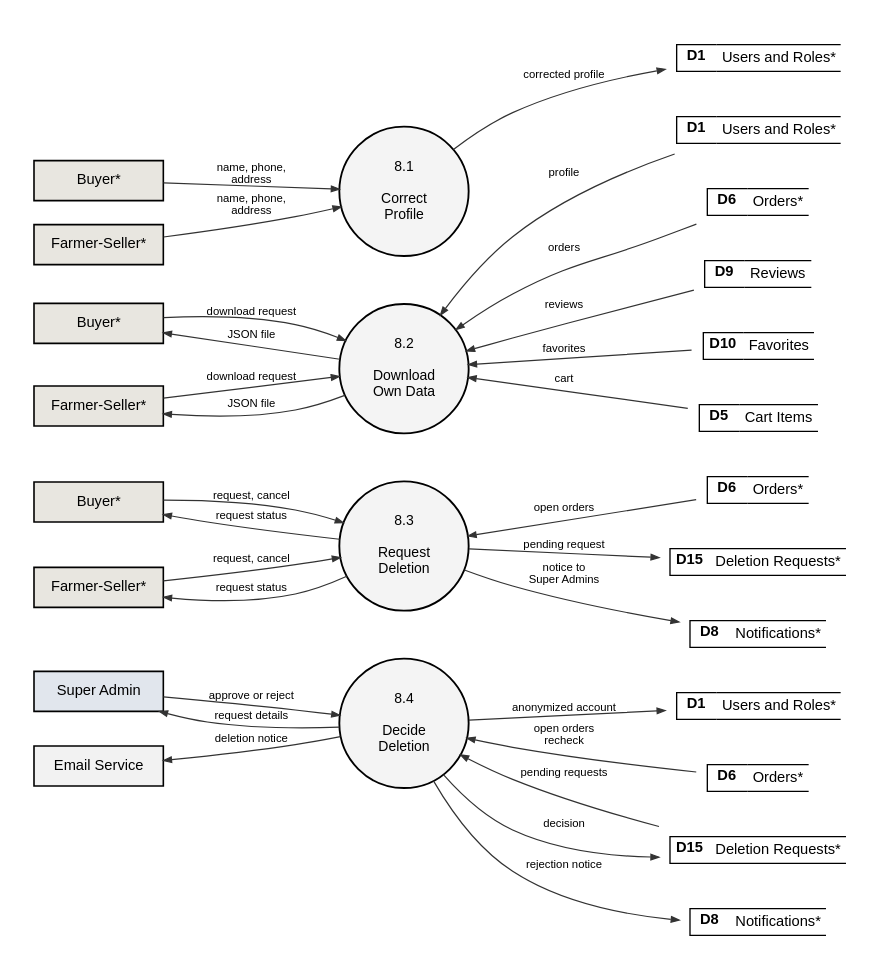
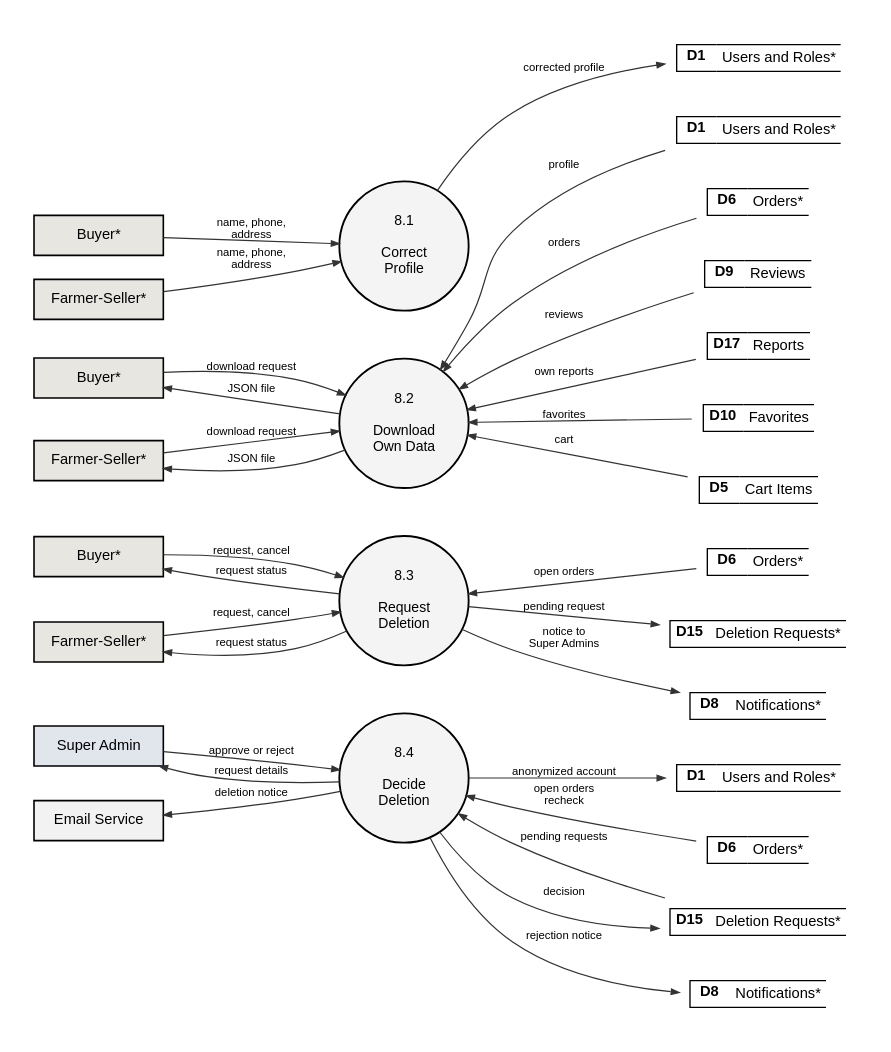
The diagram in docs/manuscript/figures/src/fig6_2_8_dfd_level2.dot (shawncastaneda11-commits/anihow-backend), drawn with Graphviz before and after one commit. The commit also changed 17 other files, not shown here.

First line of the commit message:
docs: add content reports to the DFDs, use case and context diagrams

```diff
--- a/docs/manuscript/figures/src/fig6_2_8_dfd_level2.dot
+++ b/docs/manuscript/figures/src/fig6_2_8_dfd_level2.dot
@@ -1,64 +1,66 @@
 // Data flow diagram, level 2, process 8.0 Handle Data Rights.
 digraph G {
   graph [rankdir=LR, nodesep=0.25, ranksep=0.9, pad=0.25, fontname="Liberation Sans", newrank=true];
   node  [fontname="Liberation Sans", fontsize=11];
   edge  [penwidth=0.9, arrowsize=0.6, color="#333333", fontname="Liberation Sans", fontsize=8.5];
   q8a [shape=circle, style=filled, fillcolor="#F4F4F4", penwidth=1.4, fixedsize=true, width=1.35, fontsize=10.5, label="8.1\n\nCorrect\nProfile"];
   by_q8a [shape=box, style=filled, fillcolor="#E8E6E0", penwidth=1.2, width=1.35, height=0.42, label="Buyer*"];
   fs_q8a [shape=box, style=filled, fillcolor="#E8E6E0", penwidth=1.2, width=1.35, height=0.42, label="Farmer-Seller*"];
   D1_q8a [shape=plaintext, label=<<TABLE BORDER="0" CELLBORDER="1" CELLSPACING="0" CELLPADDING="3"><TR><TD SIDES="TBL" WIDTH="30"><B>D1</B></TD><TD SIDES="TB" ALIGN="LEFT">Users and Roles*</TD></TR></TABLE>>];
   q8b [shape=circle, style=filled, fillcolor="#F4F4F4", penwidth=1.4, fixedsize=true, width=1.35, fontsize=10.5, label="8.2\n\nDownload\nOwn Data"];
   by_q8b [shape=box, style=filled, fillcolor="#E8E6E0", penwidth=1.2, width=1.35, height=0.42, label="Buyer*"];
   fs_q8b [shape=box, style=filled, fillcolor="#E8E6E0", penwidth=1.2, width=1.35, height=0.42, label="Farmer-Seller*"];
   D1_q8b [shape=plaintext, label=<<TABLE BORDER="0" CELLBORDER="1" CELLSPACING="0" CELLPADDING="3"><TR><TD SIDES="TBL" WIDTH="30"><B>D1</B></TD><TD SIDES="TB" ALIGN="LEFT">Users and Roles*</TD></TR></TABLE>>];
   D6_q8b [shape=plaintext, label=<<TABLE BORDER="0" CELLBORDER="1" CELLSPACING="0" CELLPADDING="3"><TR><TD SIDES="TBL" WIDTH="30"><B>D6</B></TD><TD SIDES="TB" ALIGN="LEFT">Orders*</TD></TR></TABLE>>];
   D9_q8b [shape=plaintext, label=<<TABLE BORDER="0" CELLBORDER="1" CELLSPACING="0" CELLPADDING="3"><TR><TD SIDES="TBL" WIDTH="30"><B>D9</B></TD><TD SIDES="TB" ALIGN="LEFT">Reviews</TD></TR></TABLE>>];
+  D17_q8b [shape=plaintext, label=<<TABLE BORDER="0" CELLBORDER="1" CELLSPACING="0" CELLPADDING="3"><TR><TD SIDES="TBL" WIDTH="30"><B>D17</B></TD><TD SIDES="TB" ALIGN="LEFT">Reports</TD></TR></TABLE>>];
   D10_q8b [shape=plaintext, label=<<TABLE BORDER="0" CELLBORDER="1" CELLSPACING="0" CELLPADDING="3"><TR><TD SIDES="TBL" WIDTH="30"><B>D10</B></TD><TD SIDES="TB" ALIGN="LEFT">Favorites</TD></TR></TABLE>>];
   D5_q8b [shape=plaintext, label=<<TABLE BORDER="0" CELLBORDER="1" CELLSPACING="0" CELLPADDING="3"><TR><TD SIDES="TBL" WIDTH="30"><B>D5</B></TD><TD SIDES="TB" ALIGN="LEFT">Cart Items</TD></TR></TABLE>>];
   q8c [shape=circle, style=filled, fillcolor="#F4F4F4", penwidth=1.4, fixedsize=true, width=1.35, fontsize=10.5, label="8.3\n\nRequest\nDeletion"];
   by_q8c [shape=box, style=filled, fillcolor="#E8E6E0", penwidth=1.2, width=1.35, height=0.42, label="Buyer*"];
   fs_q8c [shape=box, style=filled, fillcolor="#E8E6E0", penwidth=1.2, width=1.35, height=0.42, label="Farmer-Seller*"];
   D6_q8c [shape=plaintext, label=<<TABLE BORDER="0" CELLBORDER="1" CELLSPACING="0" CELLPADDING="3"><TR><TD SIDES="TBL" WIDTH="30"><B>D6</B></TD><TD SIDES="TB" ALIGN="LEFT">Orders*</TD></TR></TABLE>>];
   D15_q8c [shape=plaintext, label=<<TABLE BORDER="0" CELLBORDER="1" CELLSPACING="0" CELLPADDING="3"><TR><TD SIDES="TBL" WIDTH="30"><B>D15</B></TD><TD SIDES="TB" ALIGN="LEFT">Deletion Requests*</TD></TR></TABLE>>];
   D8_q8c [shape=plaintext, label=<<TABLE BORDER="0" CELLBORDER="1" CELLSPACING="0" CELLPADDING="3"><TR><TD SIDES="TBL" WIDTH="30"><B>D8</B></TD><TD SIDES="TB" ALIGN="LEFT">Notifications*</TD></TR></TABLE>>];
   q8d [shape=circle, style=filled, fillcolor="#F4F4F4", penwidth=1.4, fixedsize=true, width=1.35, fontsize=10.5, label="8.4\n\nDecide\nDeletion"];
   D1_q8d [shape=plaintext, label=<<TABLE BORDER="0" CELLBORDER="1" CELLSPACING="0" CELLPADDING="3"><TR><TD SIDES="TBL" WIDTH="30"><B>D1</B></TD><TD SIDES="TB" ALIGN="LEFT">Users and Roles*</TD></TR></TABLE>>];
   D6_q8d [shape=plaintext, label=<<TABLE BORDER="0" CELLBORDER="1" CELLSPACING="0" CELLPADDING="3"><TR><TD SIDES="TBL" WIDTH="30"><B>D6</B></TD><TD SIDES="TB" ALIGN="LEFT">Orders*</TD></TR></TABLE>>];
   D15_q8d [shape=plaintext, label=<<TABLE BORDER="0" CELLBORDER="1" CELLSPACING="0" CELLPADDING="3"><TR><TD SIDES="TBL" WIDTH="30"><B>D15</B></TD><TD SIDES="TB" ALIGN="LEFT">Deletion Requests*</TD></TR></TABLE>>];
   D8_q8d [shape=plaintext, label=<<TABLE BORDER="0" CELLBORDER="1" CELLSPACING="0" CELLPADDING="3"><TR><TD SIDES="TBL" WIDTH="30"><B>D8</B></TD><TD SIDES="TB" ALIGN="LEFT">Notifications*</TD></TR></TABLE>>];
   sa_q8d [shape=box, style=filled, fillcolor="#E1E6ED", penwidth=1.2, width=1.35, height=0.42, label="Super Admin"];
   em_q8d [shape=box, style=filled, fillcolor="#F2F2F2", penwidth=1.2, width=1.35, height=0.42, label="Email Service"];
   by_q8a -> q8a [label="name, phone,\naddress"];
   fs_q8a -> q8a [label="name, phone,\naddress"];
   q8a -> D1_q8a [label="corrected profile"];
   by_q8b -> q8b [label="download request"];
   fs_q8b -> q8b [label="download request"];
   q8b -> D1_q8b [label="profile", dir=back];
   q8b -> D6_q8b [label="orders", dir=back];
   q8b -> D9_q8b [label="reviews", dir=back];
+  q8b -> D17_q8b [label="own reports", dir=back];
   q8b -> D10_q8b [label="favorites", dir=back];
   q8b -> D5_q8b [label="cart", dir=back];
   by_q8b -> q8b [label="JSON file", dir=back];
   fs_q8b -> q8b [label="JSON file", dir=back];
   by_q8c -> q8c [label="request, cancel"];
   fs_q8c -> q8c [label="request, cancel"];
   q8c -> D6_q8c [label="open orders", dir=back];
   q8c -> D15_q8c [label="pending request"];
   q8c -> D8_q8c [label="notice to\nSuper Admins"];
   by_q8c -> q8c [label="request status", dir=back];
   fs_q8c -> q8c [label="request status", dir=back];
   q8d -> D15_q8d [label="pending requests", dir=back];
   sa_q8d -> q8d [label="approve or reject"];
   sa_q8d -> q8d [label="request details", dir=back];
   q8d -> D6_q8d [label="open orders\nrecheck", dir=back];
   q8d -> D1_q8d [label="anonymized account"];
   q8d -> D15_q8d [label="decision"];
   em_q8d -> q8d [label="deletion notice", dir=back];
   q8d -> D8_q8d [label="rejection notice"];
   {rank=same; by_q8a; fs_q8a; by_q8b; fs_q8b; by_q8c; fs_q8c; sa_q8d; em_q8d}
-  {rank=same; D1_q8a; D1_q8b; D6_q8b; D9_q8b; D10_q8b; D5_q8b; D6_q8c; D15_q8c; D8_q8c; D15_q8d; D6_q8d; D1_q8d; D8_q8d}
+  {rank=same; D1_q8a; D1_q8b; D6_q8b; D9_q8b; D17_q8b; D10_q8b; D5_q8b; D6_q8c; D15_q8c; D8_q8c; D15_q8d; D6_q8d; D1_q8d; D8_q8d}
   {rank=same; q8a; q8b; q8c; q8d}
   q8a -> q8b [style=invis, weight=10];
   q8b -> q8c [style=invis, weight=10];
   q8c -> q8d [style=invis, weight=10];
 }
```
